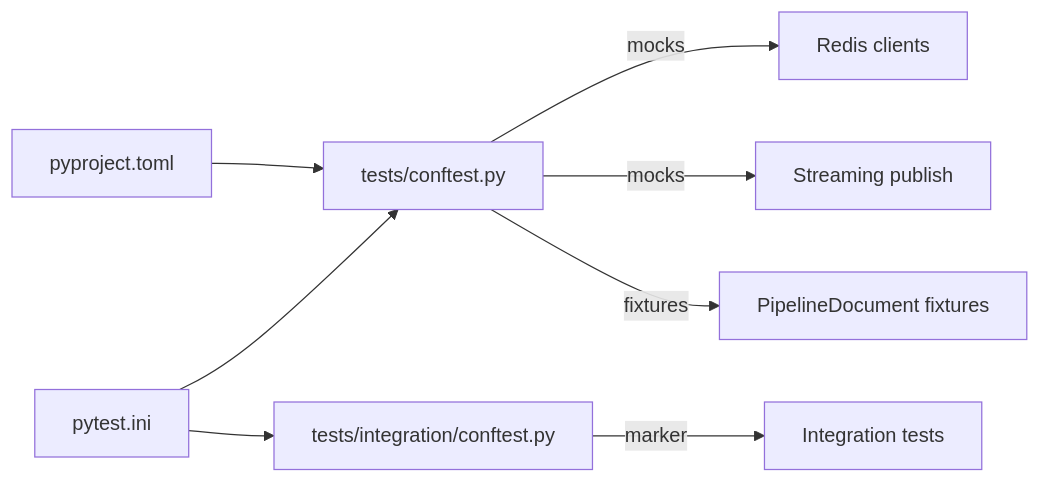
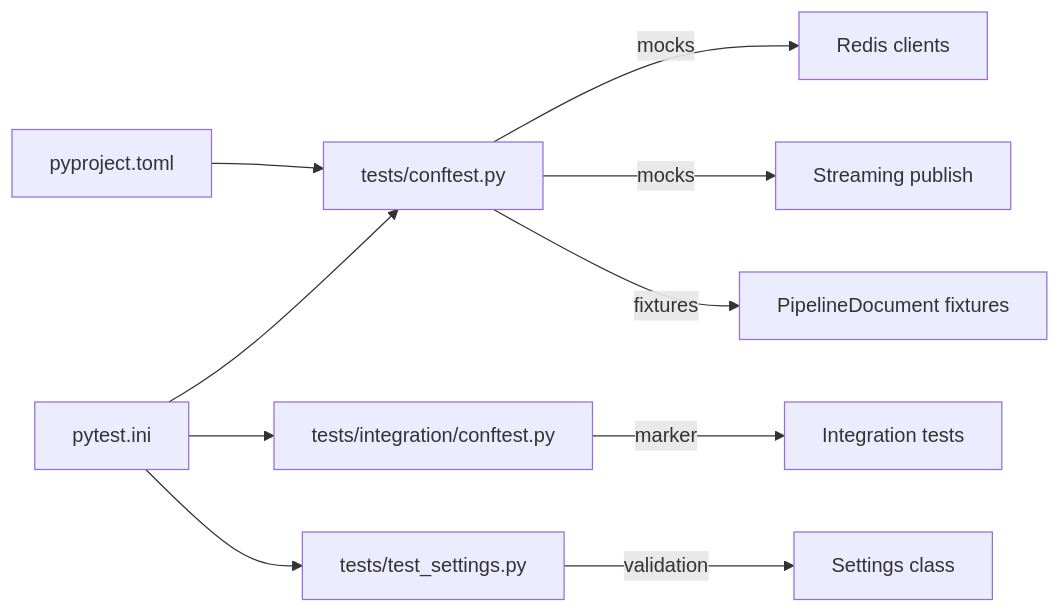
Before and after one commit to rohitkumarnaidu/-Auto-AI-Automated-Academic-Docx-Manuscript-Formatter: the eighth of 8 diagrams in .qoder/repowiki/en/content/Testing Strategy/Backend Testing/Backend Testing.md, drawn with Mermaid. The commit also changed other lines of this file and 5 other files, not shown here.

````diff
--- a/.qoder/repowiki/en/content/Testing Strategy/Backend Testing/Backend Testing.md
+++ b/.qoder/repowiki/en/content/Testing Strategy/Backend Testing/Backend Testing.md
@@ -265,10 +360,12 @@
 ```mermaid
 graph LR
 PI["pytest.ini"] --> CF["tests/conftest.py"]
 PI --> IC["tests/integration/conftest.py"]
+PI --> ST["tests/test_settings.py"]
 PY["pyproject.toml"] --> CF
 CF --> |"mocks"| Redis["Redis clients"]
 CF --> |"mocks"| Stream["Streaming publish"]
 CF --> |"fixtures"| Docs["PipelineDocument fixtures"]
 IC --> |"marker"| IT["Integration tests"]
+ST --> |"validation"| Settings["Settings class"]
 ```
````
